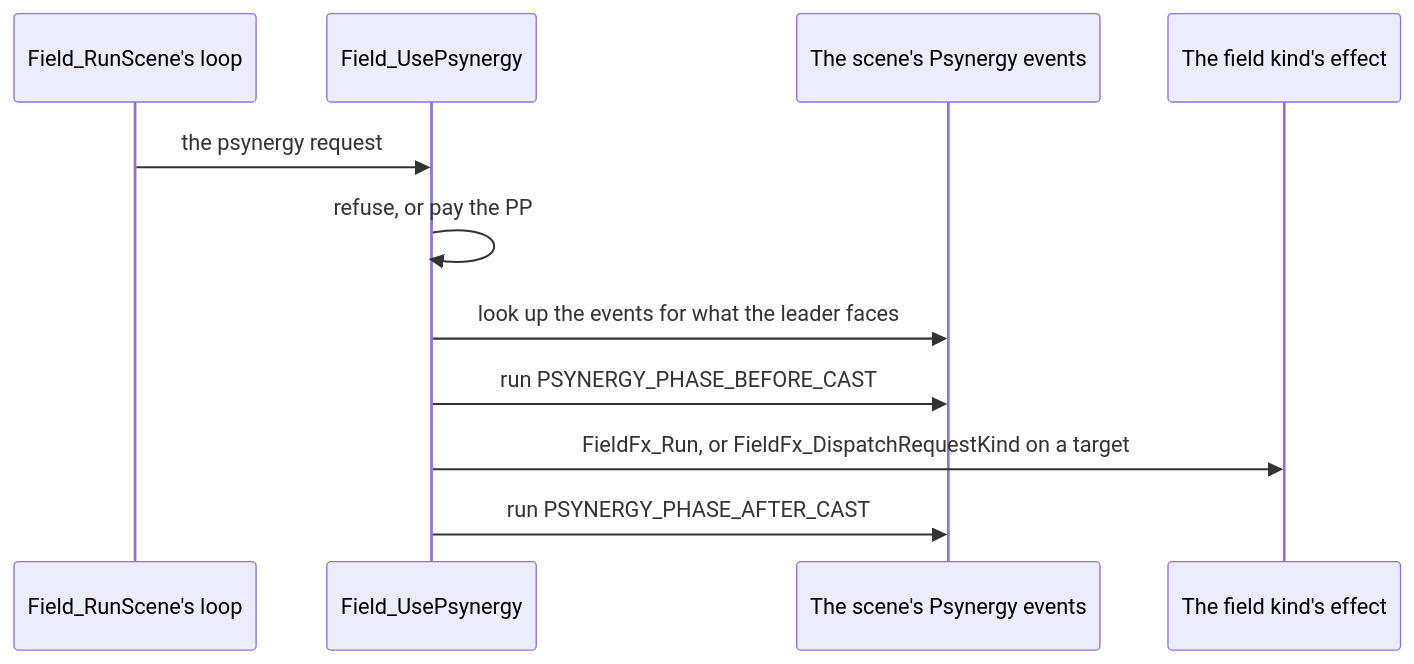
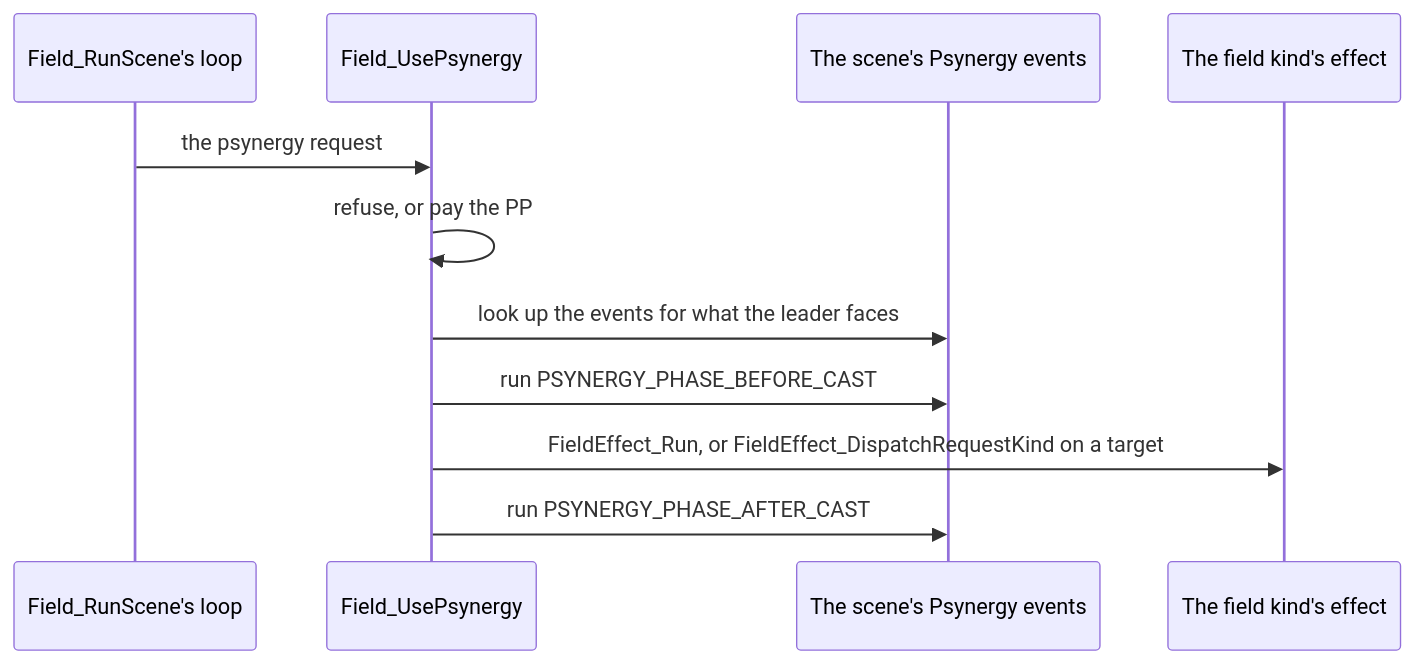
The second of 2 diagrams in games/tbs/src/object/README.md (PascalPixel/alchemy), drawn with Mermaid before and after one commit. The commit also changed other lines of this file and 260 other files, not shown here.

First line of the commit message:
Names: FieldFx_ is FieldEffect_

````diff
--- a/games/tbs/src/object/README.md
+++ b/games/tbs/src/object/README.md
@@ -193,13 +193,13 @@
 ```mermaid
 sequenceDiagram
     participant L as Field_RunScene's loop
     participant U as Field_UsePsynergy
     participant S as The scene's Psynergy events
     participant E as The field kind's effect
     L->>U: the psynergy request
     U->>U: refuse, or pay the PP
     U->>S: look up the events for what the leader faces
     U->>S: run PSYNERGY_PHASE_BEFORE_CAST
-    U->>E: FieldFx_Run, or FieldFx_DispatchRequestKind on a target
+    U->>E: FieldEffect_Run, or FieldEffect_DispatchRequestKind on a target
     U->>S: run PSYNERGY_PHASE_AFTER_CAST
 ```
````
